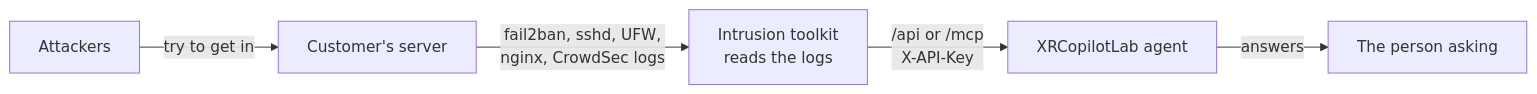
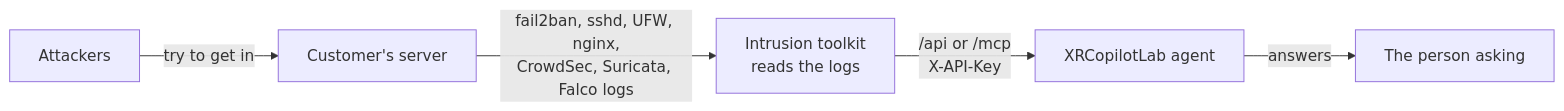
Before and after one commit to hevolusinnovation/xrcopilotlab-intrusion-mcp: the first of 3 diagrams in README.md, drawn with Mermaid. The commit also changed other lines of this file and 28 other files, not shown here.

````diff
--- a/README.md
+++ b/README.md
@@ -16,7 +17,7 @@
 ```mermaid
 flowchart LR
   A[Attackers] -->|try to get in| S[Customer's server]
-  S -->|fail2ban, sshd, UFW,<br/>nginx, CrowdSec logs| T[Intrusion toolkit<br/>reads the logs]
+  S -->|fail2ban, sshd, UFW, nginx,<br/>CrowdSec, Suricata, Falco logs| T[Intrusion toolkit<br/>reads the logs]
   T -->|/api or /mcp<br/>X-API-Key| X[XRCopilotLab agent]
   X -->|answers| P[The person asking]
 ```
````
